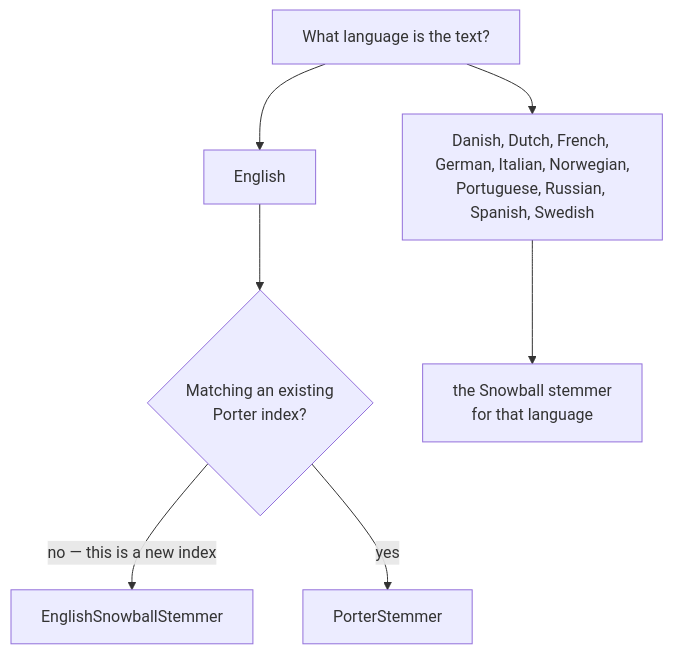
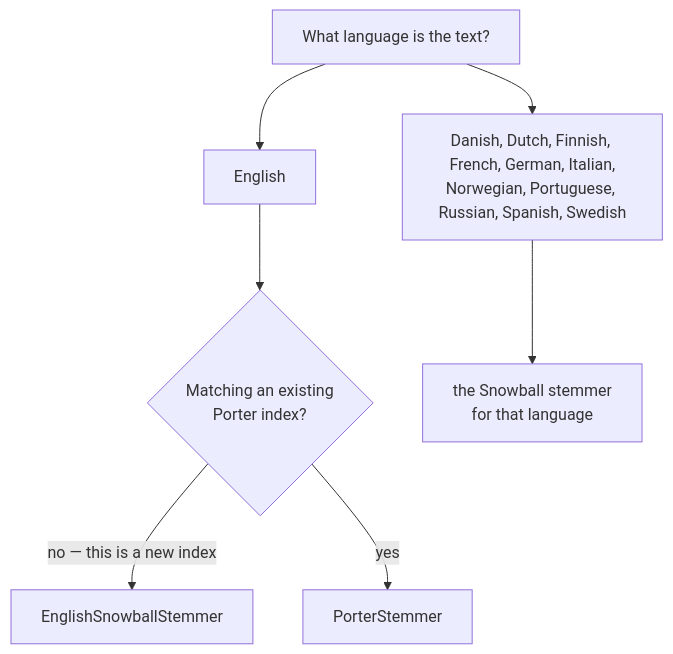
One commit to CyrilB1531/lodestar changed the diagram in docs/reference/text/stemming.md. Above: the diagram before and after it, drawn with Mermaid. The commit also changed other lines of this file and 13 other files, not shown here.

````diff
--- a/docs/reference/text/stemming.md
+++ b/docs/reference/text/stemming.md
@@ -12,9 +12,9 @@
 ```mermaid
 flowchart TD
     A["What language is the text?"] --> B["English"]
-    A --> C["Danish, Dutch, French, German, Italian, Norwegian,<br/>Portuguese, Russian, Spanish, Swedish"]
+    A --> C["Danish, Dutch, Finnish, French, German, Italian,<br/>Norwegian, Portuguese, Russian, Spanish, Swedish"]
     B --> D{"Matching an existing<br/>Porter index?"}
     D -->|"no — this is a new index"| E["EnglishSnowballStemmer"]
     D -->|"yes"| F["PorterStemmer"]
     C --> G["the Snowball stemmer<br/>for that language"]
 ```
````
